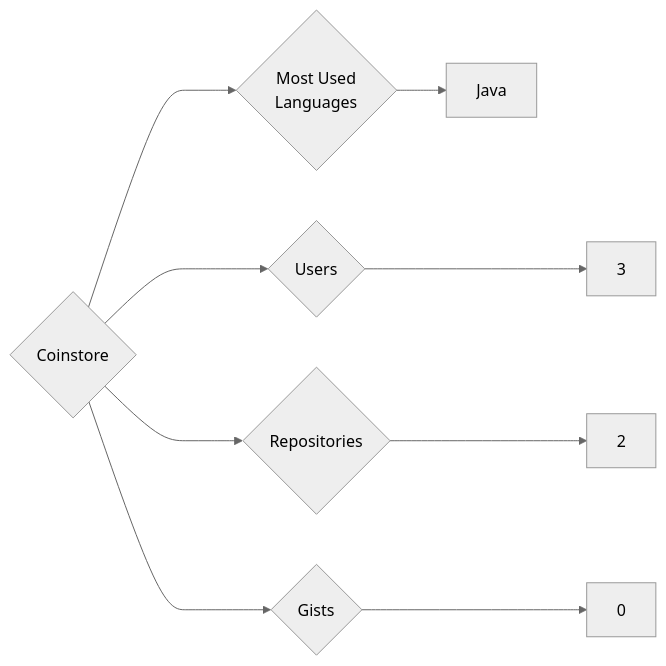
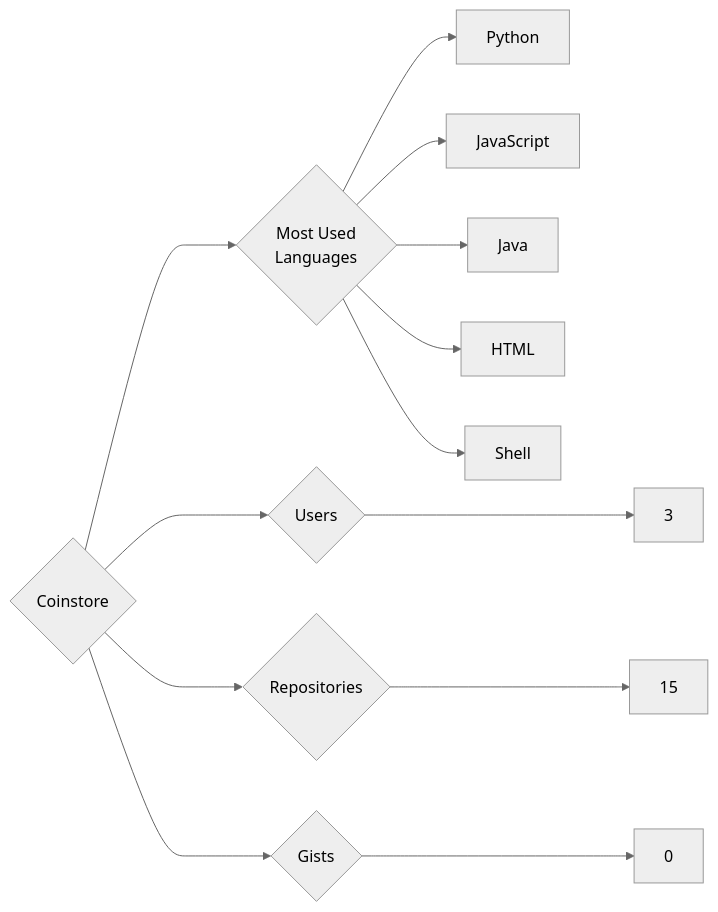
The diagram in targets/Coinstore/README.md (trickest/insiders), drawn with Mermaid (neutral theme) before and after one commit. The commit also changed 934 other files, not shown here.

````diff
--- a/targets/Coinstore/README.md
+++ b/targets/Coinstore/README.md
@@ -3,9 +3,13 @@
 ```mermaid
 graph LR
 COMPANY_NAME{Coinstore}
 COMPANY_NAME ---> U{Users} ---> UN[3]
-COMPANY_NAME ---> R{Repositories} ---> RN[2]
+COMPANY_NAME ---> R{Repositories} ---> RN[15]
 COMPANY_NAME ---> G{Gists} ---> GN[0]
 COMPANY_NAME ---> ML{Most Used<br>Languages}
+ML --> Python[Python]
+ML --> JavaScript[JavaScript]
 ML --> Java[Java]
+ML --> HTML[HTML]
+ML --> Shell[Shell]
 ```
````
